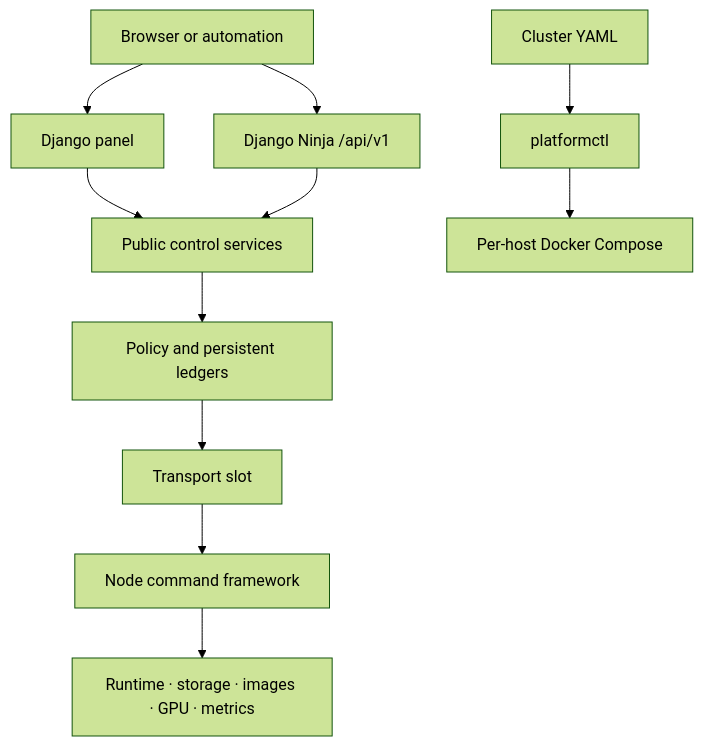
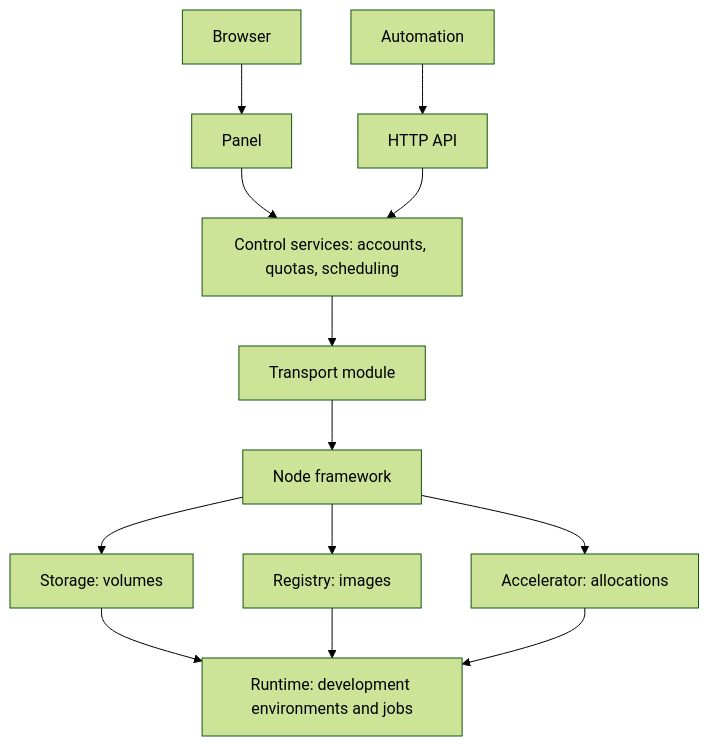
One commit to Kndy666/gpu-platform changed the diagram in docs/en/architecture.md. Above: the diagram before and after it, drawn with Mermaid (forest theme). The commit also changed other lines of this file and 28 other files, not shown here.

````diff
--- a/docs/en/architecture.md
+++ b/docs/en/architecture.md
@@ -5,13 +7,15 @@
 ```mermaid
-flowchart TD
-    User[Browser or automation] --> Panel[Django panel]
-    User --> API[Django Ninja /api/v1]
-    Panel --> Services[Public control services]
-    API --> Services
-    Services --> Core[Policy and persistent ledgers]
-    Core --> Transport[Transport slot]
-    Transport --> Node[Node command framework]
-    Node --> Modules[Runtime · storage · images · GPU · metrics]
-    Config[Cluster YAML] --> Installer[platformctl]
-    Installer --> Compose[Per-host Docker Compose]
+flowchart TB
+    Browser[Browser] --> Panel[Panel]
+    Automation[Automation] --> API[HTTP API]
+    Panel --> Control[Control services: accounts, quotas, scheduling]
+    API --> Control
+    Control --> Transport[Transport module]
+    Transport --> Node[Node framework]
+    Node --> Storage[Storage: volumes]
+    Node --> Registry[Registry: images]
+    Node --> GPU[Accelerator: allocations]
+    Storage --> Runtime[Runtime: development environments and jobs]
+    Registry --> Runtime
+    GPU --> Runtime
 ```
````
